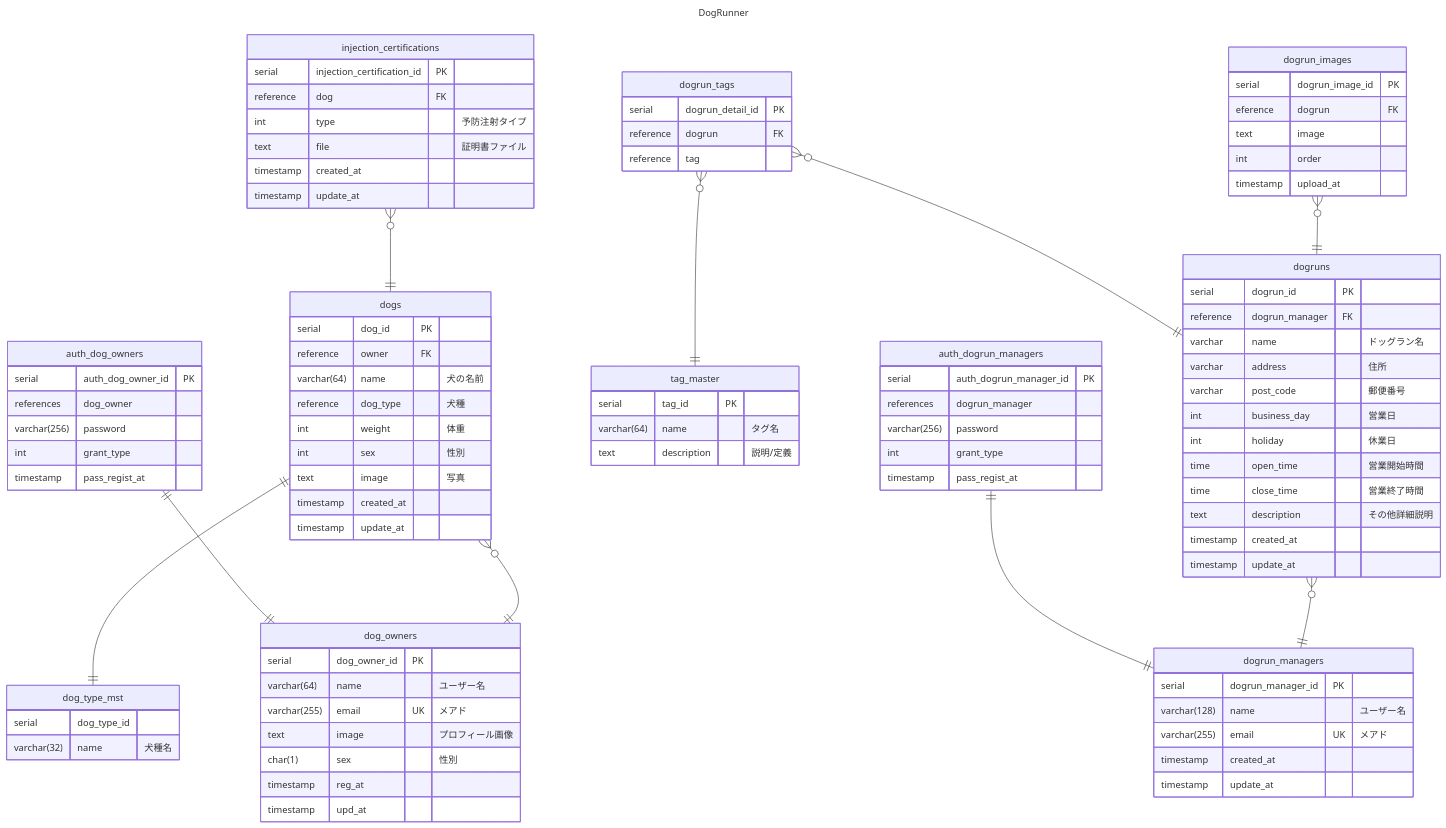
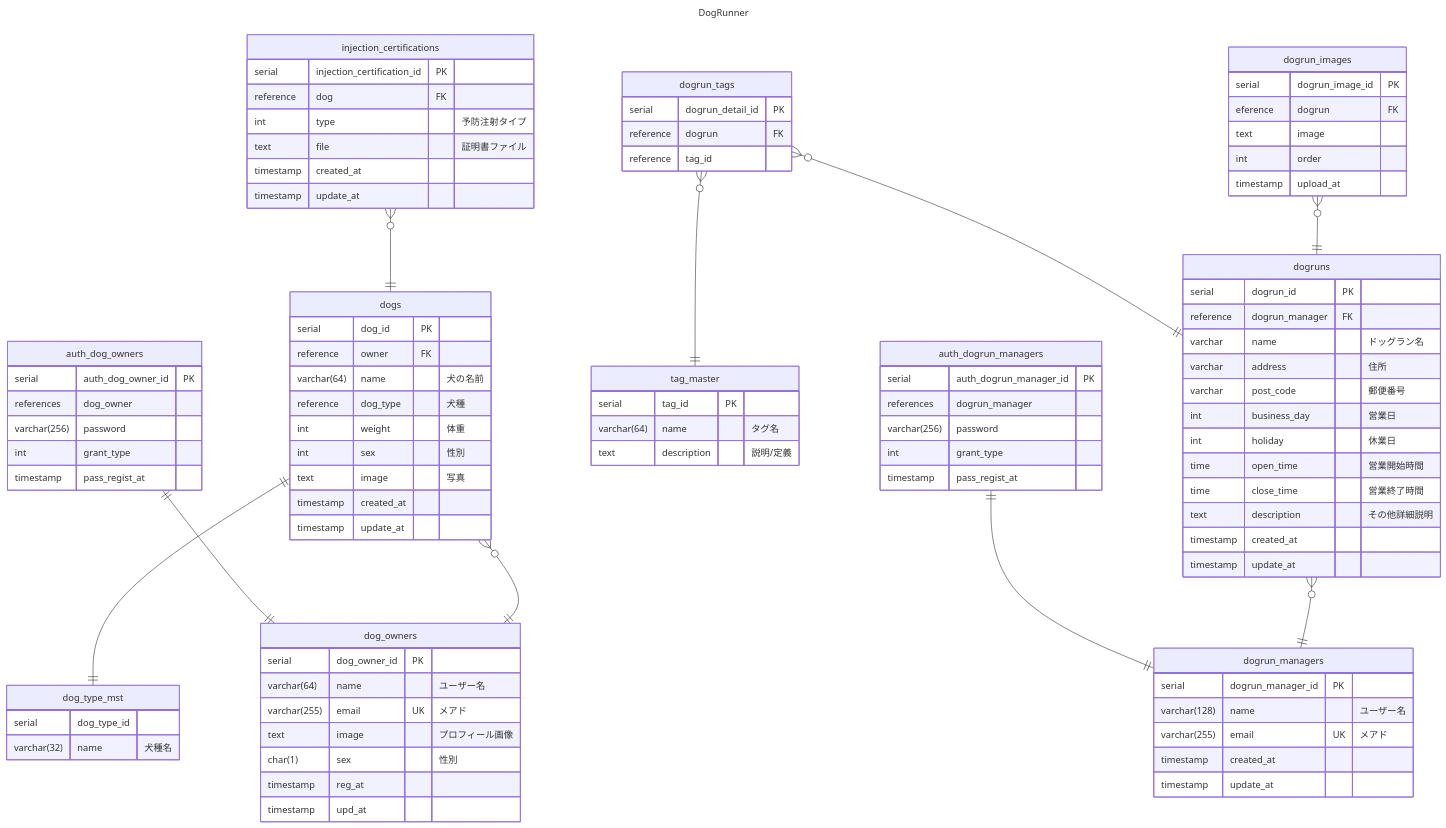
The diagram in docs/db/mermaid.md (wanrun-develop/wanrun), drawn with Mermaid before and after one commit.

Commit message:
mermaidの修正 tag_id

```diff
--- a/docs/db/mermaid.md
+++ b/docs/db/mermaid.md
@@ -83,7 +83,7 @@
   dogrun_tags {
 	  serial dogrun_detail_id PK
 	  reference dogrun FK
-	  reference tag 
+	  reference tag_id
   }
   
   tag_master {
```
